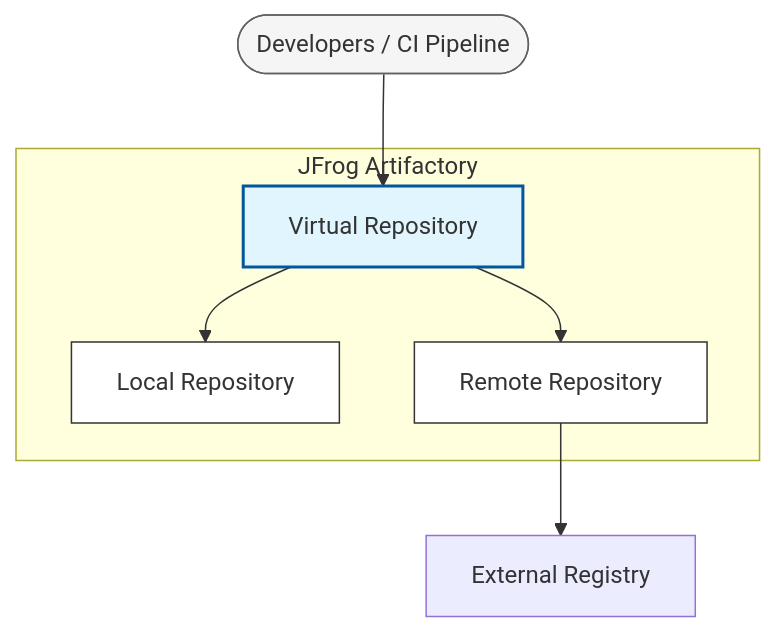
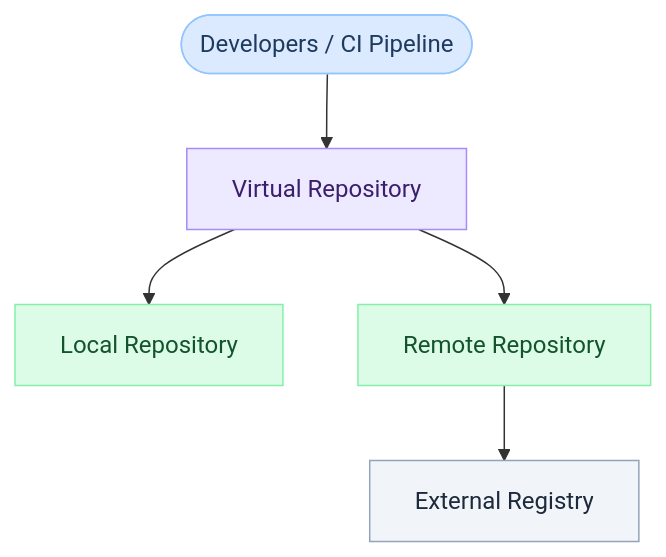
One commit to devopspilot1/devopspilot1.github.io changed the first of 2 diagrams in docs/jfrog/tutorials/key-concepts/index.md. Above: the diagram before and after it, drawn with Mermaid. The commit also changed other lines of this file and 9 other files, not shown here.

Commit message:
refactor: modernize documentation diagrams by converting text-based graphics to styled Mermaid.js charts

````diff
--- a/docs/jfrog/tutorials/key-concepts/index.md
+++ b/docs/jfrog/tutorials/key-concepts/index.md
@@ -18,16 +18,17 @@
 ```mermaid
 graph TD
     User([Developers / CI Pipeline]) --> Virtual[Virtual Repository]
-    
-    subgraph "JFrog Artifactory"
     Virtual --> Local[Local Repository]
     Virtual --> Remote[Remote Repository]
-    end
-    
     Remote --> External[External Registry]
-    
-    style Virtual fill:#e1f5fe,stroke:#01579b,stroke-width:2px
-    style Local fill:#fff,stroke:#333
-    style Remote fill:#fff,stroke:#333
-    style User fill:#f5f5f5,stroke:#616161
+
+    classDef client   fill:#dbeafe,stroke:#93c5fd,color:#1e3a5f
+    classDef gateway  fill:#ede9fe,stroke:#a78bfa,color:#3b1f6e
+    classDef service  fill:#dcfce7,stroke:#86efac,color:#14532d
+    classDef external fill:#f1f5f9,stroke:#94a3b8,color:#1e293b
+
+    class User client
+    class Virtual gateway
+    class Local,Remote service
+    class External external
 ```
````
